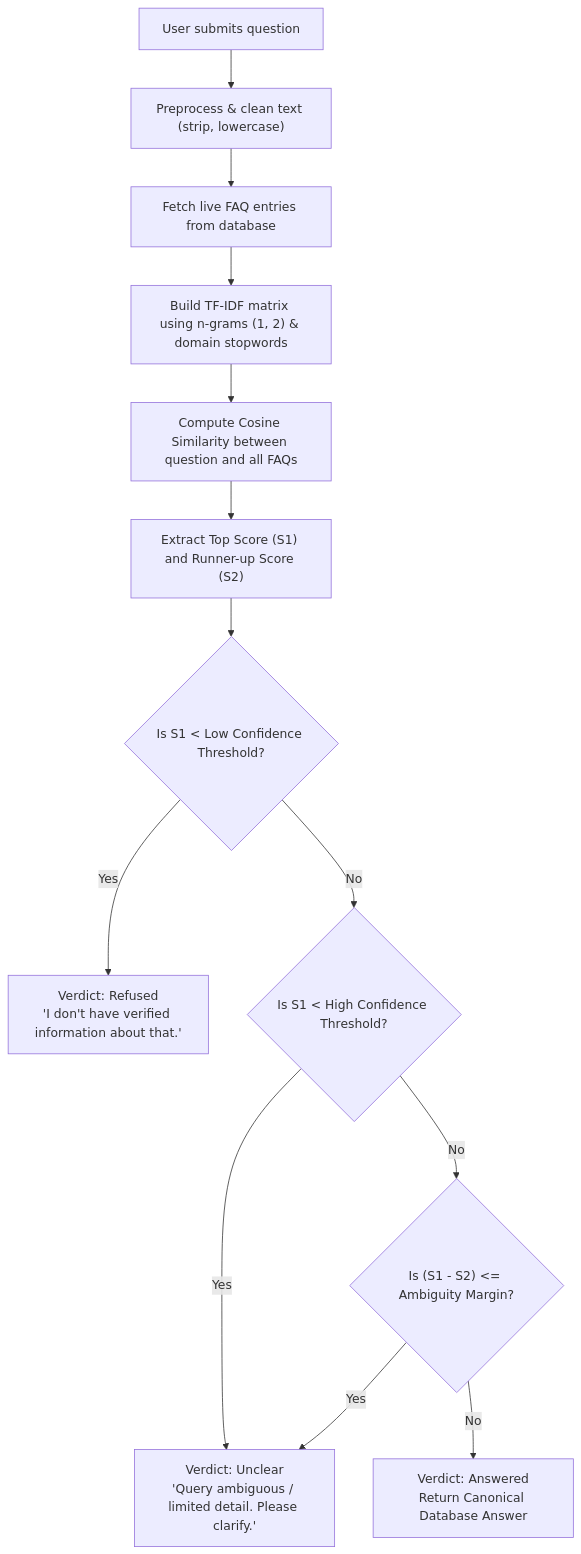
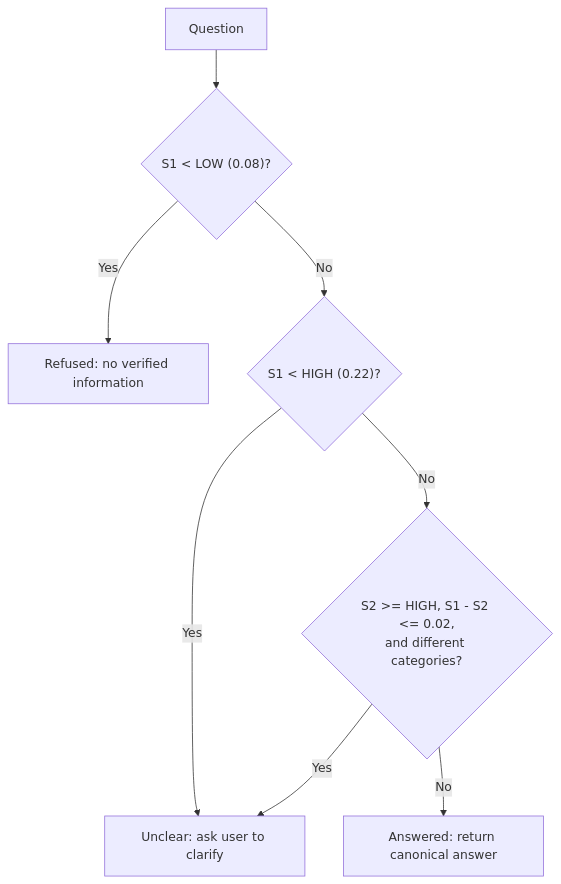
The second of 2 diagrams in README.md (pretheka-pre/archintx-arclite), drawn with Mermaid before and after one commit. The commit also changed other lines of this file, not shown here.

````diff
--- a/README.md
+++ b/README.md
@@ -149,15 +103,10 @@
 ```mermaid
 flowchart TD
-    A["User submits question"] --> B["Preprocess & clean text (strip, lowercase)"]
-    B --> C["Fetch live FAQ entries from database"]
-    C --> D["Build TF-IDF matrix using n-grams (1, 2) & domain stopwords"]
-    D --> E["Compute Cosine Similarity between question and all FAQs"]
-    E --> F["Extract Top Score (S1) and Runner-up Score (S2)"]
-    F --> G{"Is S1 < Low Confidence Threshold?"}
-    G -- "Yes" --> H["Verdict: Refused<br/>'I don't have verified information about that.'"]
-    G -- "No" --> I{"Is S1 < High Confidence Threshold?"}
-    I -- "Yes" --> J["Verdict: Unclear<br/>'Query ambiguous / limited detail. Please clarify.'"]
-    I -- "No" --> K{"Is (S1 - S2) <= Ambiguity Margin?"}
-    K -- "Yes" --> J
-    K -- "No" --> L["Verdict: Answered<br/>Return Canonical Database Answer"]
+    A["Question"] --> B{"S1 < LOW (0.08)?"}
+    B -- Yes --> R["Refused: no verified information"]
+    B -- No --> C{"S1 < HIGH (0.22)?"}
+    C -- Yes --> U["Unclear: ask user to clarify"]
+    C -- No --> D{"S2 >= HIGH, S1 - S2 <= 0.02,<br/>and different categories?"}
+    D -- Yes --> U
+    D -- No --> ANS["Answered: return canonical answer"]
 ```
````
